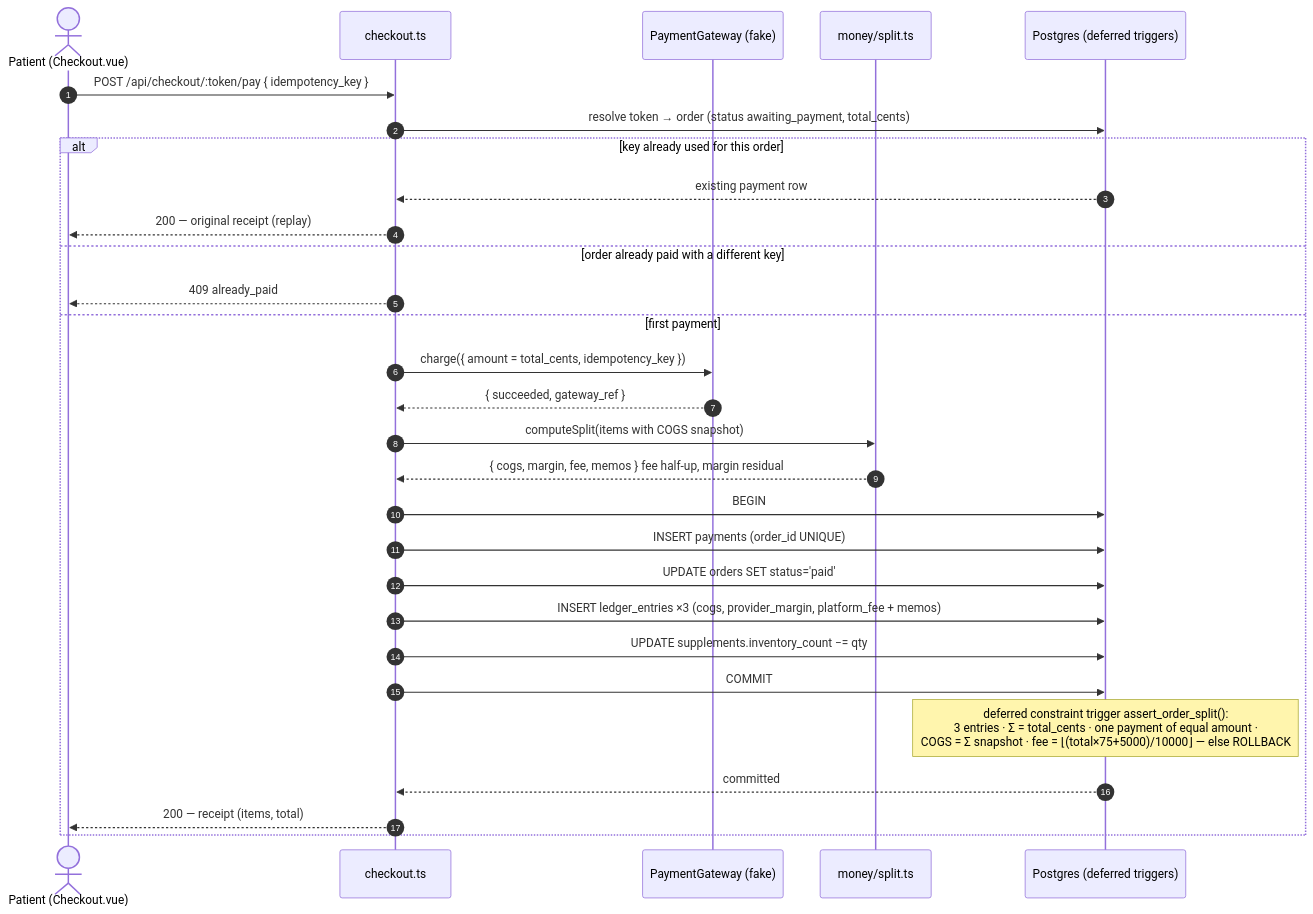
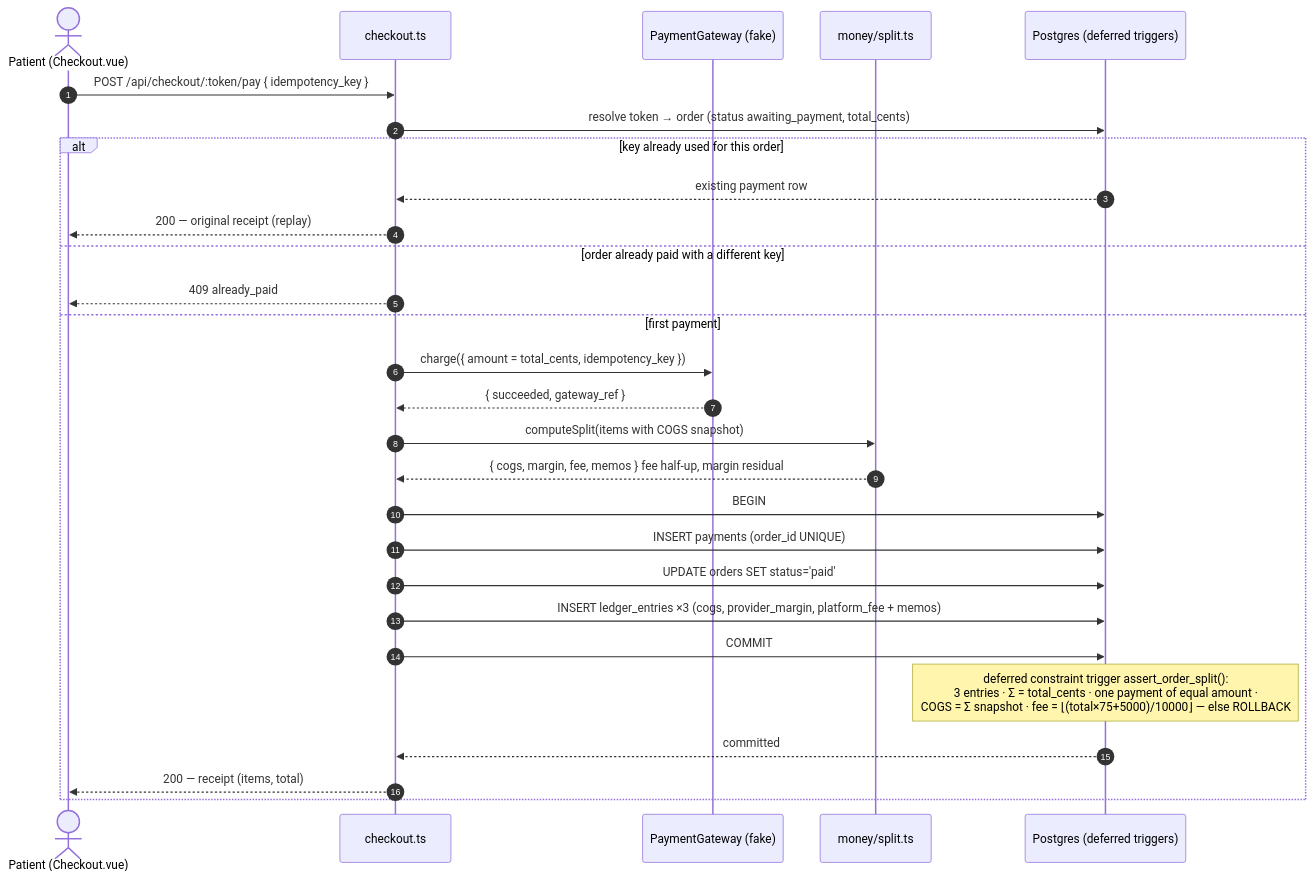
One commit to hdxsfbr/cerbo-supplement-store changed the second of 4 diagrams in ARCHITECTURE.md. Above: the diagram before and after it, drawn with Mermaid. The commit also changed other lines of this file and 26 other files, not shown here.

````diff
--- a/ARCHITECTURE.md
+++ b/ARCHITECTURE.md
@@ -131,32 +130,31 @@
 ```mermaid
 sequenceDiagram
   autonumber
   actor P as Patient (Checkout.vue)
   participant API as checkout.ts
   participant GW as PaymentGateway (fake)
   participant SP as money/split.ts
   participant DB as Postgres (deferred triggers)
 
   P->>API: POST /api/checkout/:token/pay { idempotency_key }
   API->>DB: resolve token → order (status awaiting_payment, total_cents)
   alt key already used for this order
     DB-->>API: existing payment row
     API-->>P: 200 — original receipt (replay)
   else order already paid with a different key
     API-->>P: 409 already_paid
   else first payment
     API->>GW: charge({ amount = total_cents, idempotency_key })
     GW-->>API: { succeeded, gateway_ref }
     API->>SP: computeSplit(items with COGS snapshot)
     SP-->>API: { cogs, margin, fee, memos }   fee half-up, margin residual
     API->>DB: BEGIN
     API->>DB: INSERT payments (order_id UNIQUE)
     API->>DB: UPDATE orders SET status='paid'
     API->>DB: INSERT ledger_entries ×3 (cogs, provider_margin, platform_fee + memos)
-    API->>DB: UPDATE supplements.inventory_count −= qty
     API->>DB: COMMIT
     Note over DB: deferred constraint trigger assert_order_split():<br/>3 entries · Σ = total_cents · one payment of equal amount ·<br/>COGS = Σ snapshot · fee = ⌊(total×75+5000)/10000⌋ — else ROLLBACK
     DB-->>API: committed
     API-->>P: 200 — receipt (items, total)
   end
 ```
````
